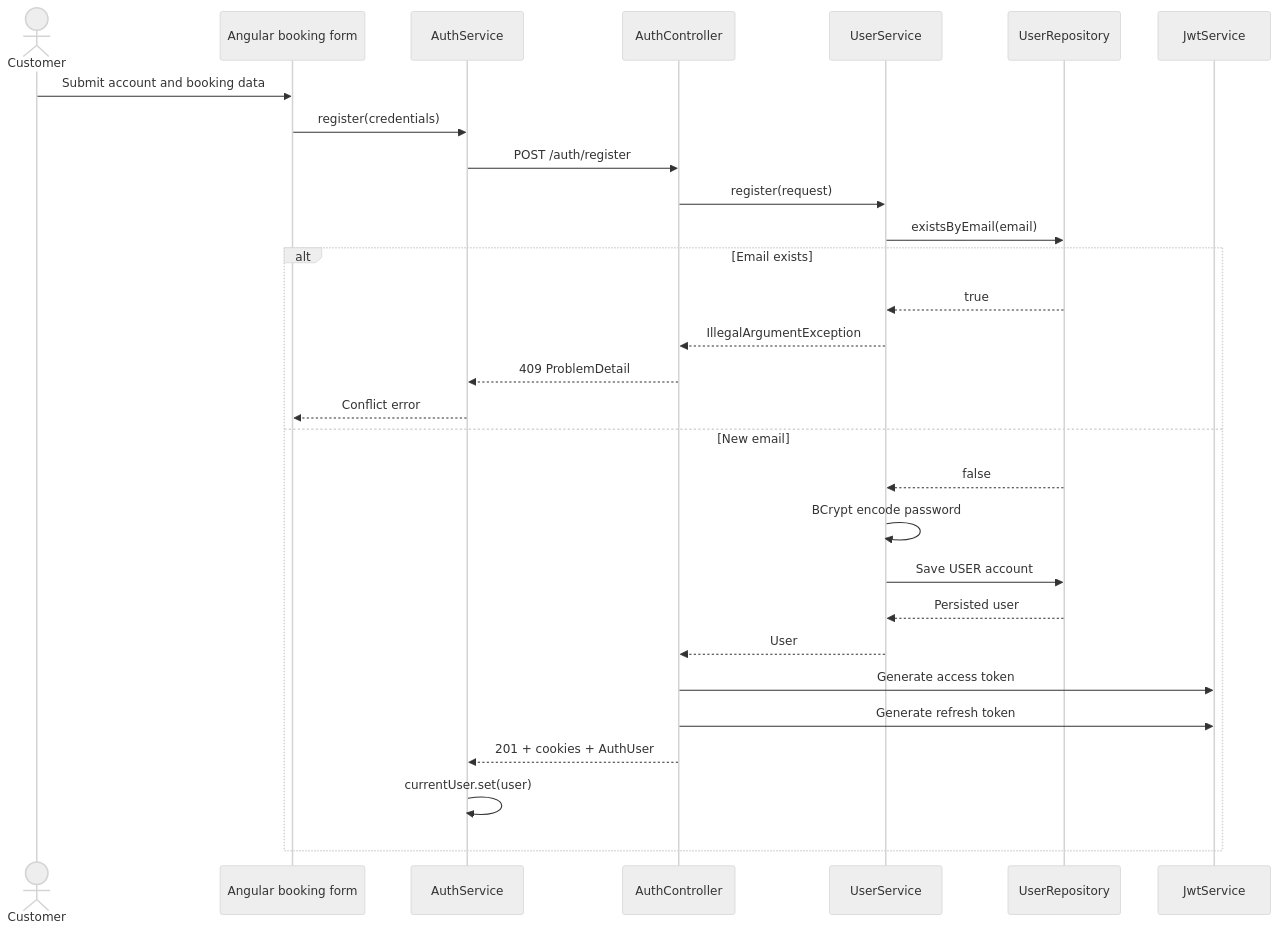
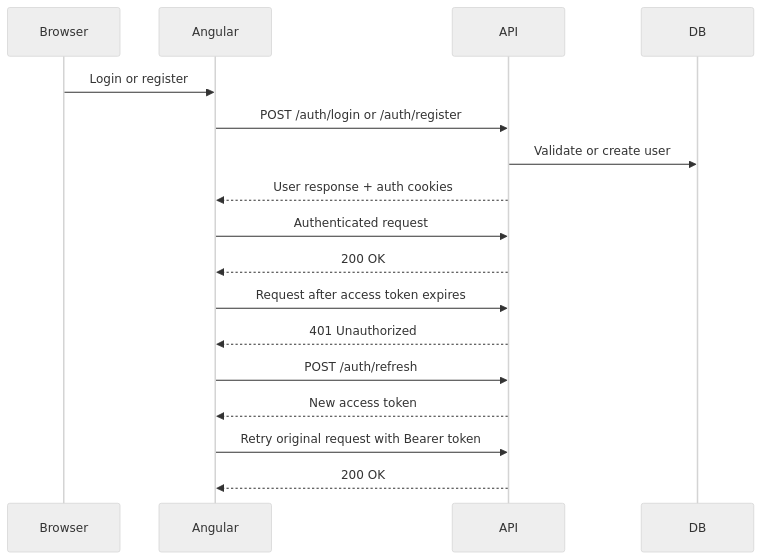
The fourth of 9 diagrams in README.md (yassineao/poetsanders), drawn with Mermaid (neutral theme) before and after one commit. The commit also changed other lines of this file and 1 other file, not shown here.

````diff
--- a/README.md
+++ b/README.md
@@ -598,33 +345,20 @@
 ```mermaid
 sequenceDiagram
-    actor Customer
-    participant Form as Angular booking form
-    participant Auth as AuthService
-    participant Controller as AuthController
-    participant Users as UserService
-    participant DB as UserRepository
-    participant JWT as JwtService
+    participant Browser
+    participant Angular
+    participant API
+    participant DB
 
-    Customer->>Form: Submit account and booking data
-    Form->>Auth: register(credentials)
-    Auth->>Controller: POST /auth/register
-    Controller->>Users: register(request)
-    Users->>DB: existsByEmail(email)
-
-    alt Email exists
-        DB-->>Users: true
-        Users-->>Controller: IllegalArgumentException
-        Controller-->>Auth: 409 ProblemDetail
-        Auth-->>Form: Conflict error
-    else New email
-        DB-->>Users: false
-        Users->>Users: BCrypt encode password
-        Users->>DB: Save USER account
-        DB-->>Users: Persisted user
-        Users-->>Controller: User
-        Controller->>JWT: Generate access token
-        Controller->>JWT: Generate refresh token
-        Controller-->>Auth: 201 + cookies + AuthUser
-        Auth->>Auth: currentUser.set(user)
-    end
+    Browser->>Angular: Login or register
+    Angular->>API: POST /auth/login or /auth/register
+    API->>DB: Validate or create user
+    API-->>Angular: User response + auth cookies
+    Angular->>API: Authenticated request
+    API-->>Angular: 200 OK
+    Angular->>API: Request after access token expires
+    API-->>Angular: 401 Unauthorized
+    Angular->>API: POST /auth/refresh
+    API-->>Angular: New access token
+    Angular->>API: Retry original request with Bearer token
+    API-->>Angular: 200 OK
 ```
````
